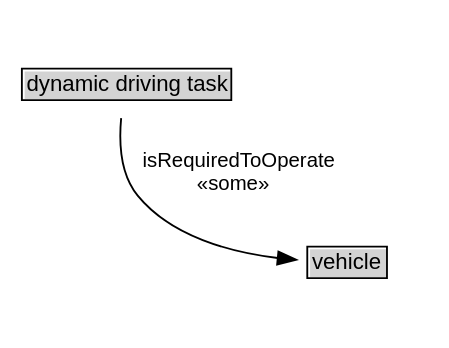
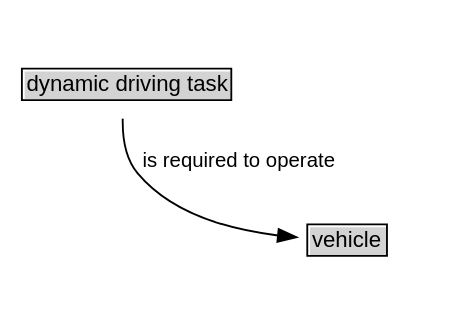
One commit to k-vaughn/iso14812 changed the diagram in docs/diagrams/dynamic driving task.dot. Above: the diagram before and after it, drawn with Graphviz. The commit also changed 3392 other files, not shown here.

```diff
--- a/docs/diagrams/dynamic driving task.dot
+++ b/docs/diagrams/dynamic driving task.dot
@@ -1,19 +1,18 @@
 // Diagram for dynamic driving task
 digraph {
 	graph [overlap=false rankdir=TB splines=true]
 	node [fontname=Arial fontsize=12 margin=0 shape=none]
 	edge [fontname=Arial fontsize=11]
 	{
 		rank=max
-		"dynamic driving task" [label=<<TABLE BORDER="1" CELLBORDER="0" CELLSPACING="0" CELLPADDING="1"><TR><TD BGCOLOR="lightgray" ALIGN="CENTER" PORT="e">dynamic driving task</TD></TR></TABLE>> URL="../classes/itsVocabulary__dynamic driving task.md" margin=0]
+		"dynamic driving task" [label=<<TABLE BORDER="1" CELLBORDER="0" CELLSPACING="0" CELLPADDING="1"><TR><TD BGCOLOR="lightgray" ALIGN="CENTER" PORT="e">dynamic driving task</TD></TR></TABLE>> margin=0]
 	}
 	subgraph cluster_associated {
 		label="" style=invis
 		Invis [label=<<TABLE BORDER="0" CELLBORDER="0" CELLSPACING="0" CELLPADDING="1"><TR><TD></TD></TR></TABLE>> margin=0 style=invis]
-		vehicle [label=<<TABLE BORDER="1" CELLBORDER="0" CELLSPACING="0" CELLPADDING="1"><TR><TD BGCOLOR="lightgray" ALIGN="CENTER">vehicle</TD></TR></TABLE>> URL="../vehicle/" margin=0 target=_top]
+		vehicle [label=<<TABLE BORDER="1" CELLBORDER="0" CELLSPACING="0" CELLPADDING="1"><TR><TD BGCOLOR="lightgray" ALIGN="CENTER">vehicle</TD></TR></TABLE>> URL="../terms/vehicle/" margin=0 target=_top]
 	}
 	"dynamic driving task" -> Invis [style=invis]
 	Invis -> vehicle [style=invis]
-	"dynamic driving task" -> vehicle [label=" isRequiredToOperate 
- «some»  " arrowhead=normal style=solid]
+	"dynamic driving task" -> vehicle [label=" is required to operate " arrowhead=normal style=solid]
 }
```
